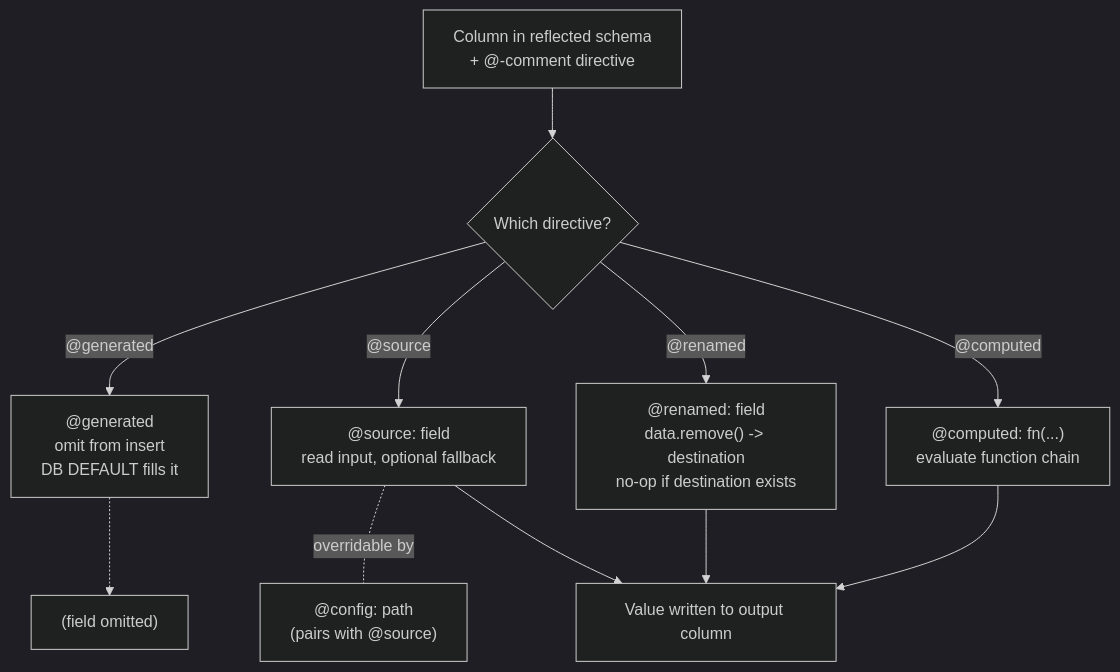
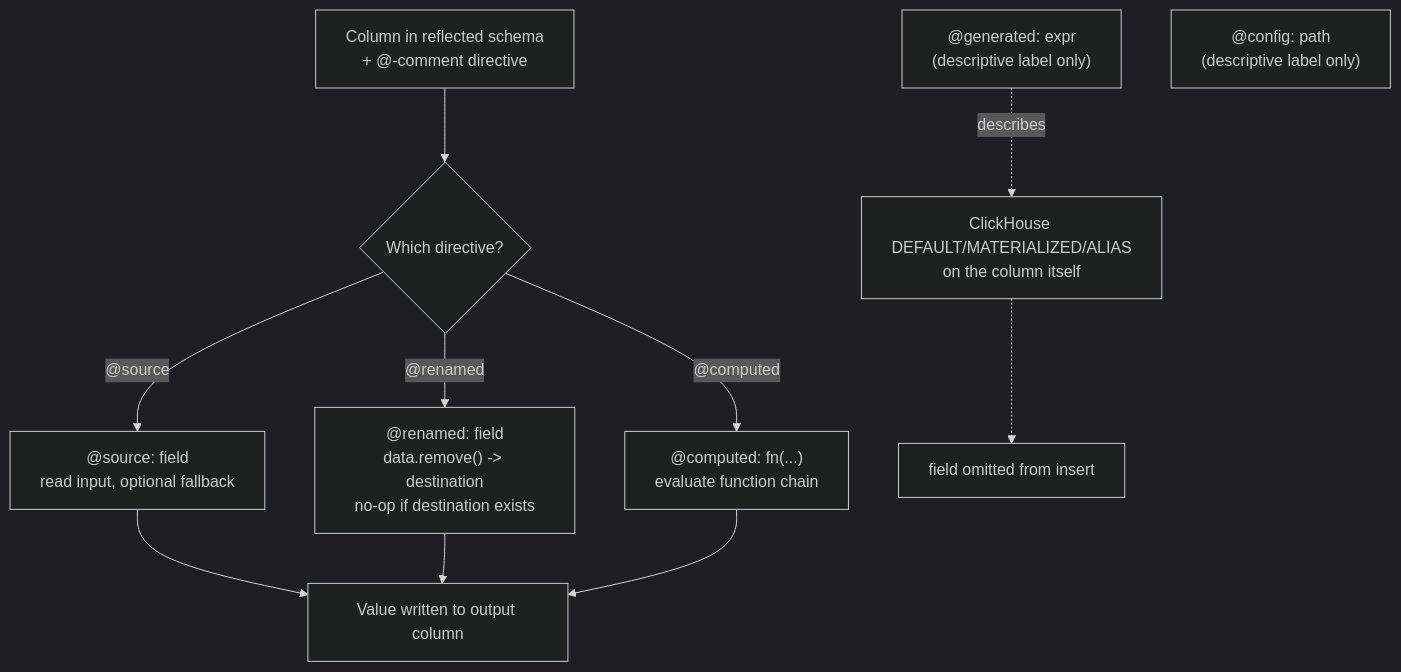
The first of 7 diagrams in docs/clickhouse/DDL-DIRECTIVES.md (hyperi-io/dfe-loader), drawn with Mermaid (dark theme) before and after one commit. The commit also changed other lines of this file and 5 other files, not shown here.

````diff
--- a/docs/clickhouse/DDL-DIRECTIVES.md
+++ b/docs/clickhouse/DDL-DIRECTIVES.md
@@ -34,22 +39,22 @@
 ```mermaid
 flowchart TB
     COL["Column in reflected schema<br/>+ @-comment directive"]
     K{"Which directive?"}
-    GEN["@generated<br/>omit from insert<br/>DB DEFAULT fills it"]
     SRC["@source: field<br/>read input, optional fallback"]
     REN["@renamed: field<br/>data.remove() -> destination<br/>no-op if destination exists"]
     CMP["@computed: fn(...)<br/>evaluate function chain"]
-    CFG["@config: path<br/>(pairs with @source)"]
     OUT["Value written to output column"]
+    GEN["@generated: expr<br/>(descriptive label only)"]
+    CFG["@config: path<br/>(descriptive label only)"]
+    DEF["ClickHouse DEFAULT/MATERIALIZED/ALIAS<br/>on the column itself"]
 
     COL --> K
-    K -->|"@generated"| GEN
     K -->|"@source"| SRC
     K -->|"@renamed"| REN
     K -->|"@computed"| CMP
-    SRC -. overridable by .- CFG
     SRC --> OUT
     REN --> OUT
     CMP --> OUT
-    GEN -.-> SKIP["(field omitted)"]
+    GEN -. describes .-> DEF
+    DEF -.-> SKIP["field omitted from insert"]
 ```
````
